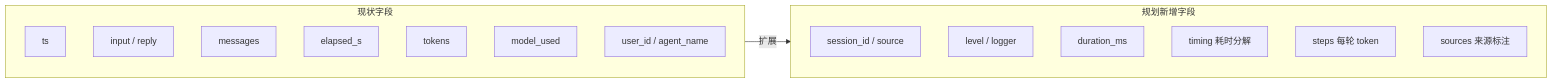
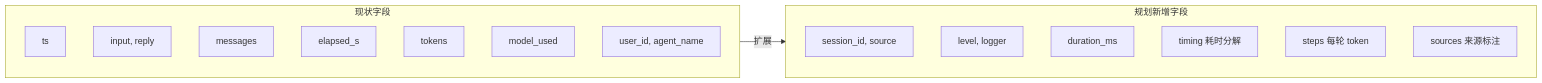
One commit to Summy2104/fleetent changed the third of 3 diagrams in docs/capabilities/observability.md. Above: the diagram before and after it, drawn with Mermaid. The commit also changed other lines of this file, not shown here.

Commit message:
docs: rewrite mermaid diagrams for VSCode preview compatibility

````diff
--- a/docs/capabilities/observability.md
+++ b/docs/capabilities/observability.md
@@ -66,23 +66,23 @@
 ```mermaid
 flowchart LR
     subgraph NOW[现状字段]
-        N1[ts]
-        N2[input / reply]
-        N3[messages]
-        N4[elapsed_s]
-        N5[tokens]
-        N6[model_used]
-        N7[user_id / agent_name]
+        N1["ts"]
+        N2["input, reply"]
+        N3["messages"]
+        N4["elapsed_s"]
+        N5["tokens"]
+        N6["model_used"]
+        N7["user_id, agent_name"]
     end
 
     subgraph PLAN[规划新增字段]
-        P1[session_id / source]
-        P2[level / logger]
-        P3[duration_ms]
-        P4[timing 耗时分解]
-        P5[steps 每轮 token]
-        P6[sources 来源标注]
+        P1["session_id, source"]
+        P2["level, logger"]
+        P3["duration_ms"]
+        P4["timing 耗时分解"]
+        P5["steps 每轮 token"]
+        P6["sources 来源标注"]
     end
 
     NOW -->|扩展| PLAN
 ```
````
